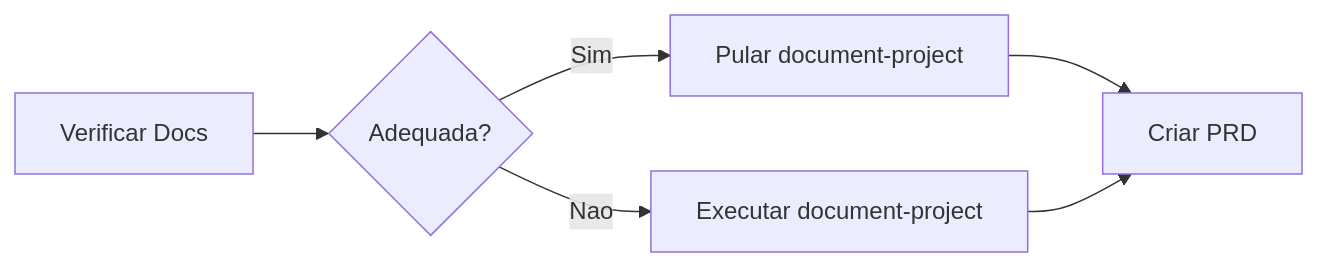
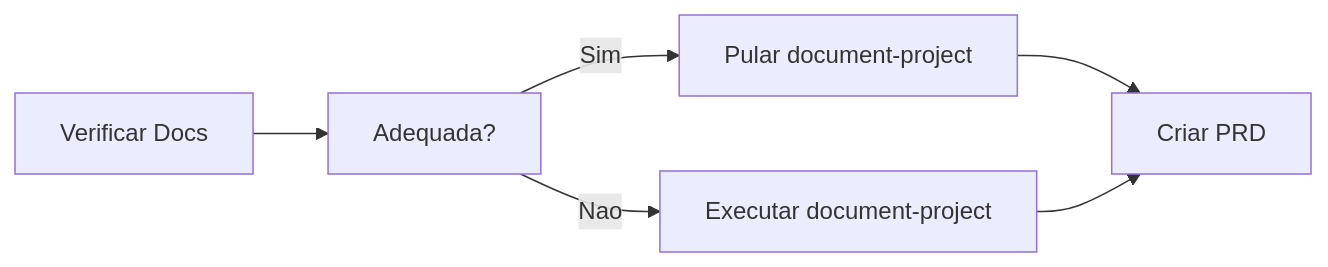
Before and after one commit to bychrisr/aios-docs: the fourth of 9 diagrams in content/en/docs/guides/workflows/BROWNFIELD-FULLSTACK-WORKFLOW.mdx, drawn with Mermaid. The commit also changed other lines of this file and 40 other files, not shown here.

````diff
--- a/content/en/docs/guides/workflows/BROWNFIELD-FULLSTACK-WORKFLOW.mdx
+++ b/content/en/docs/guides/workflows/BROWNFIELD-FULLSTACK-WORKFLOW.mdx
@@ -570,8 +570,8 @@
 ```mermaid
 flowchart LR
-    A[Verificar Docs] --> B{Adequada?}
+    A[Verificar Docs] --> B[Adequada?]
     B -->|Sim| C[Pular document-project]
     B -->|Nao| D[Executar document-project]
     C --> E[Criar PRD]
     D --> E
 ```
````
